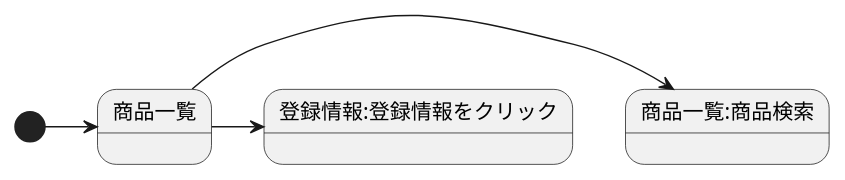
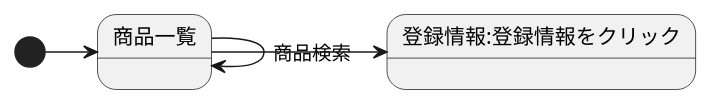
The diagram in kadai7.md (Aso2001195/2021sys-design), drawn with PlantUML before and after one commit.

````diff
--- a/kadai7.md
+++ b/kadai7.md
@@ -1,7 +1,7 @@
 ```uml
 @startuml
 [*] -> 商品一覧
-商品一覧 -> 商品一覧:商品検索
+商品一覧 -> 商品一覧 :商品検索
 商品一覧 -> 登録情報:登録情報をクリック
 @enduml
 ```
````
